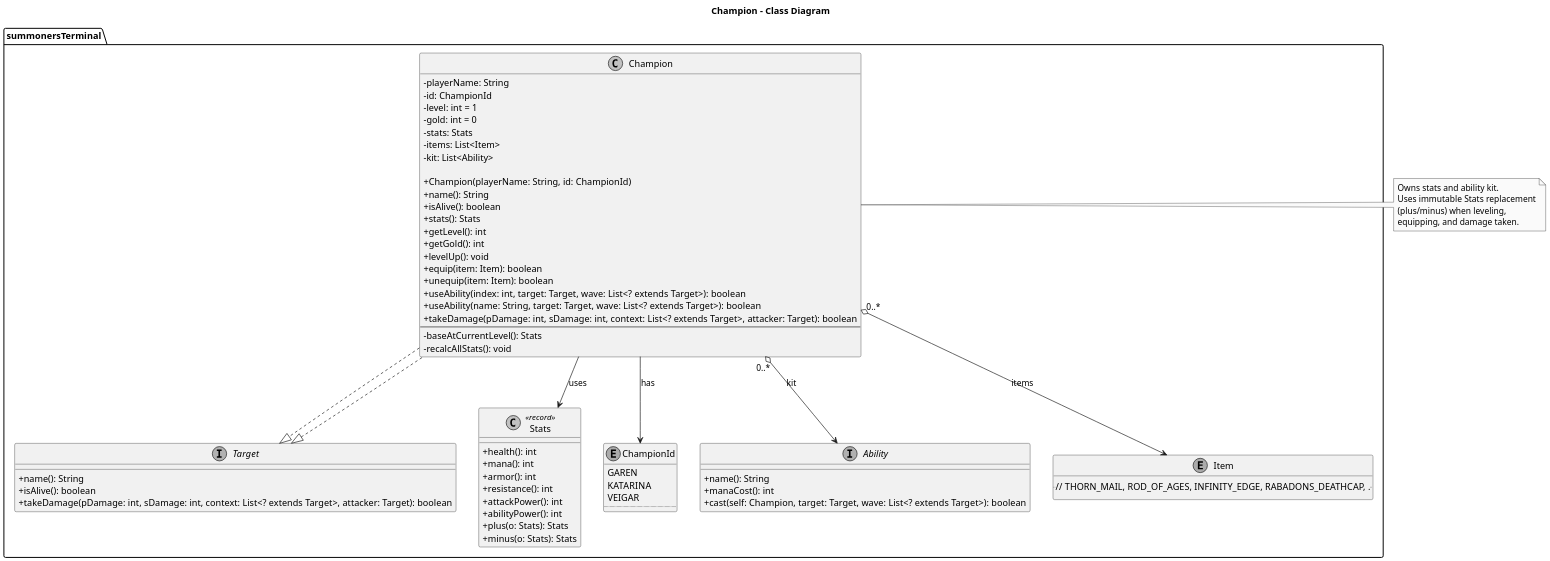
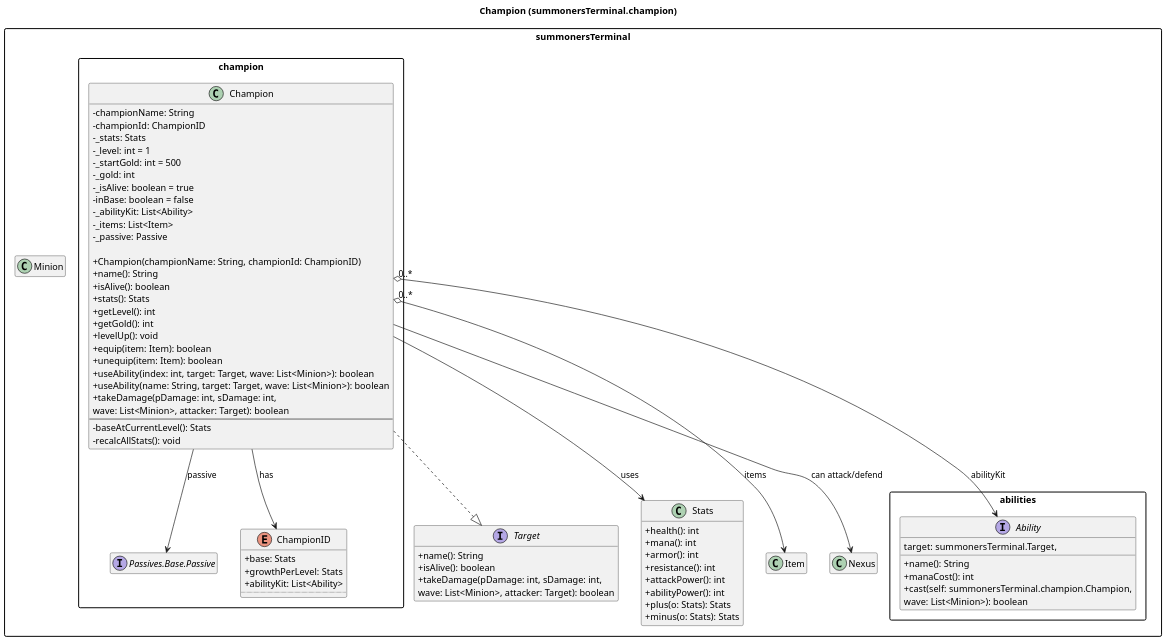
One commit to ValentinKronlund/Summoners_Terminal changed the diagram in docs/uml/champion.puml. Above: the diagram before and after it, drawn with PlantUML. The commit also changed 1 other file, not shown here.

```diff
--- a/docs/uml/champion.puml
+++ b/docs/uml/champion.puml
@@ -1,85 +1,93 @@
 @startuml
-title Champion – Class Diagram
+title Champion (summonersTerminal.champion)
 
+skinparam packageStyle rectangle
 skinparam classAttributeIconSize 0
 skinparam dpi 160
-skinparam monochrome true
+hide empty members
 
-package summonersTerminal {
-
+package "summonersTerminal" {
   interface Target {
     +name(): String
     +isAlive(): boolean
-    +takeDamage(pDamage: int, sDamage: int, context: List<? extends Target>, attacker: Target): boolean
+    +takeDamage(pDamage: int, sDamage: int,
+                wave: List<Minion>, attacker: Target): boolean
   }
 
-  class Champion implements Target {
-    - playerName: String
-    - id: ChampionId
-    - level: int = 1
-    - gold: int = 0
-    - stats: Stats
-    - items: List<Item>
-    - kit: List<Ability>
+  class Stats {
+    +health(): int
+    +mana(): int
+    +armor(): int
+    +resistance(): int
+    +attackPower(): int
+    +abilityPower(): int
+    +plus(o: Stats): Stats
+    +minus(o: Stats): Stats
+  }
 
-    + Champion(playerName: String, id: ChampionId)
+  class Item
+  class Minion
+  class Nexus
+}
+
+package "summonersTerminal.abilities" {
+  interface Ability {
+    +name(): String
+    +manaCost(): int
+    +cast(self: summonersTerminal.champion.Champion,
+          target: summonersTerminal.Target,
+          wave: List<Minion>): boolean
+  }
+}
+
+package "summonersTerminal.champion" {
+  ' represent the passive type that Champion holds
+  interface "Passives.Base.Passive" as Passive
+
+  enum ChampionID {
+    +base: Stats
+    +growthPerLevel: Stats
+    +abilityKit: List<Ability>
+    ..
+  }
+
+  class Champion {
+    - championName: String
+    - championId: ChampionID
+    - _stats: Stats
+    - _level: int = 1
+    - _startGold: int = 500
+    - _gold: int
+    - _isAlive: boolean = true
+    - inBase: boolean = false
+    - _abilityKit: List<Ability>
+    - _items: List<Item>
+    - _passive: Passive
+
+    + Champion(championName: String, championId: ChampionID)
     + name(): String
     + isAlive(): boolean
     + stats(): Stats
     + getLevel(): int
     + getGold(): int
     + levelUp(): void
     + equip(item: Item): boolean
     + unequip(item: Item): boolean
-    + useAbility(index: int, target: Target, wave: List<? extends Target>): boolean
-    + useAbility(name: String, target: Target, wave: List<? extends Target>): boolean
-    + takeDamage(pDamage: int, sDamage: int, context: List<? extends Target>, attacker: Target): boolean
+    + useAbility(index: int, target: Target, wave: List<Minion>): boolean
+    + useAbility(name: String, target: Target, wave: List<Minion>): boolean
+    + takeDamage(pDamage: int, sDamage: int,
+                 wave: List<Minion>, attacker: Target): boolean
     --
     - baseAtCurrentLevel(): Stats
     - recalcAllStats(): void
   }
 
-  class Stats <<record>> {
-    + health(): int
-    + mana(): int
-    + armor(): int
-    + resistance(): int
-    + attackPower(): int
-    + abilityPower(): int
-    + plus(o: Stats): Stats
-    + minus(o: Stats): Stats
-  }
-
-  enum ChampionId {
-    GAREN
-    KATARINA
-    VEIGAR
-    ..
-  }
-
-  interface Ability {
-    + name(): String
-    + manaCost(): int
-    + cast(self: Champion, target: Target, wave: List<? extends Target>): boolean
-  }
-
-  enum Item {
-    .. // THORN_MAIL, ROD_OF_AGES, INFINITY_EDGE, RABADONS_DEATHCAP, ...
-  }
-
-  ' Relationships
   Champion ..|> Target
-  Champion --> ChampionId : has
+  Champion --> ChampionID : has
   Champion --> Stats : uses
   Champion "0..*" o--> Item : items
-  Champion "0..*" o--> Ability : kit
+  Champion "0..*" o--> Ability : abilityKit
+  Champion --> Passive : passive
+  Champion --> Nexus : can attack/defend
 }
-
-note right of Champion
-  Owns stats and ability kit.
-  Uses immutable Stats replacement
-  (plus/minus) when leveling,
-  equipping, and damage taken.
-end note
-
 @enduml
```
